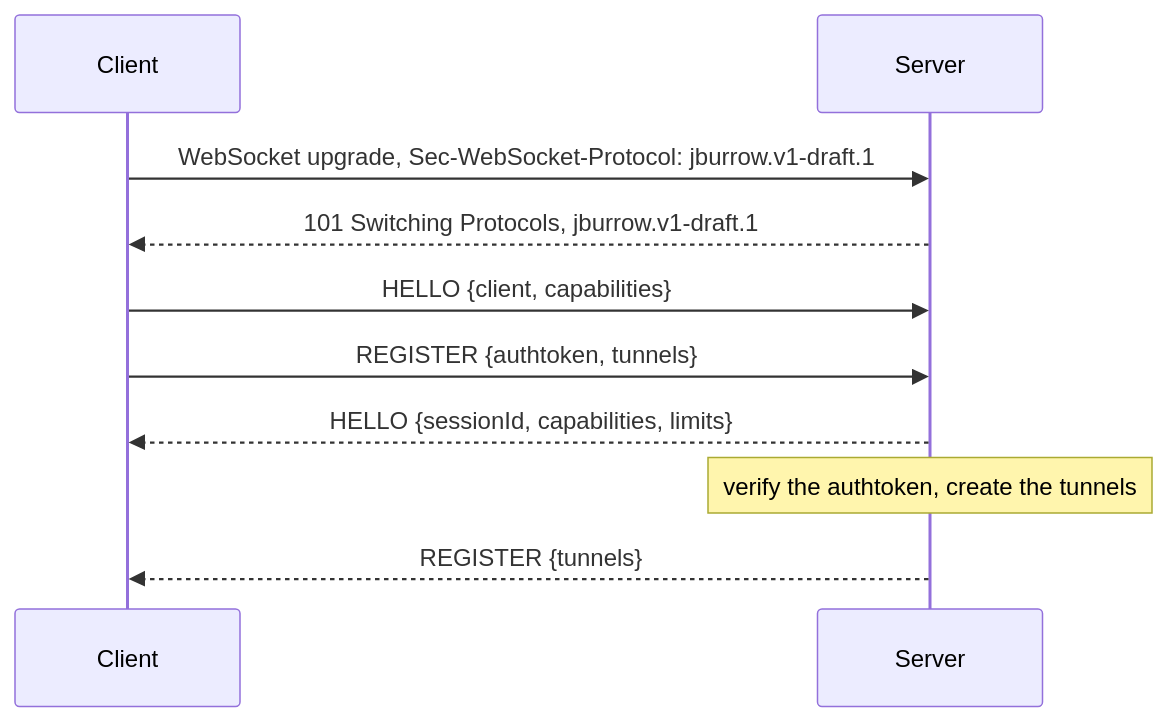
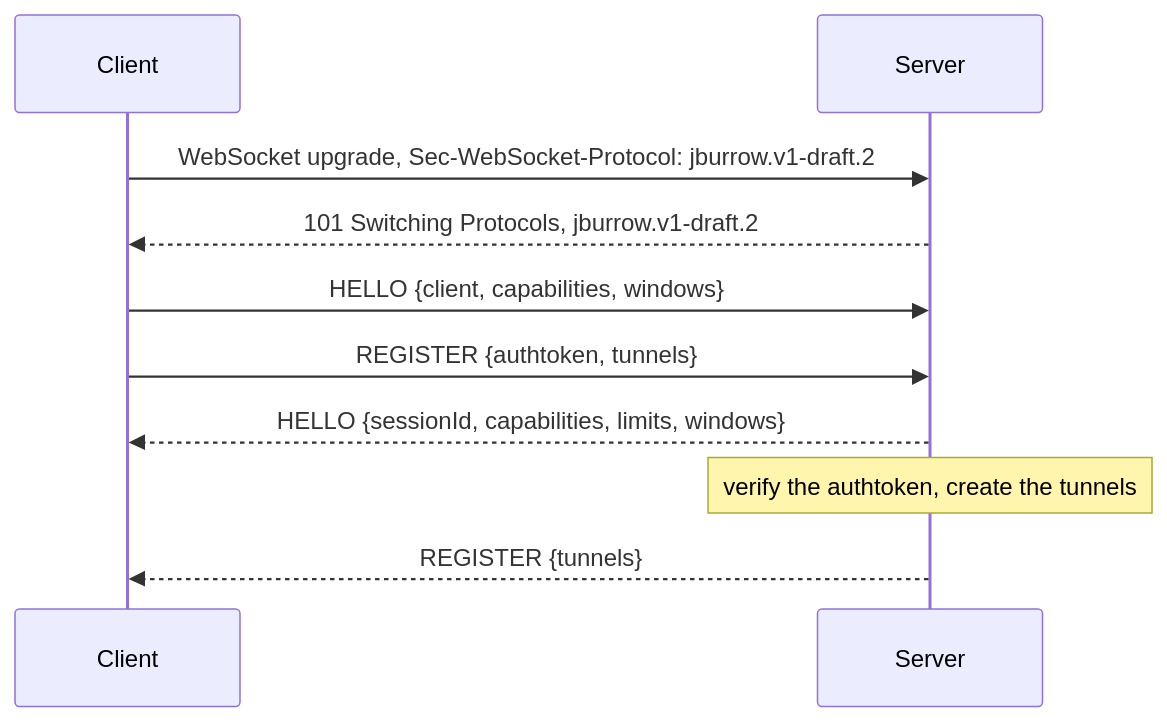
Before and after one commit to Wamitinewton/jburrow: the second of 3 diagrams in docs/protocol.md, drawn with Mermaid. The commit also changed other lines of this file and 165 other files, not shown here.

````diff
--- a/docs/protocol.md
+++ b/docs/protocol.md
@@ -853,12 +883,12 @@
 ```mermaid
 sequenceDiagram
     participant C as Client
     participant S as Server
-    C->>S: WebSocket upgrade, Sec-WebSocket-Protocol: jburrow.v1-draft.1
-    S-->>C: 101 Switching Protocols, jburrow.v1-draft.1
-    C->>S: HELLO {client, capabilities}
+    C->>S: WebSocket upgrade, Sec-WebSocket-Protocol: jburrow.v1-draft.2
+    S-->>C: 101 Switching Protocols, jburrow.v1-draft.2
+    C->>S: HELLO {client, capabilities, windows}
     C->>S: REGISTER {authtoken, tunnels}
-    S-->>C: HELLO {sessionId, capabilities, limits}
+    S-->>C: HELLO {sessionId, capabilities, limits, windows}
     Note over S: verify the authtoken, create the tunnels
     S-->>C: REGISTER {tunnels}
 ```
````
